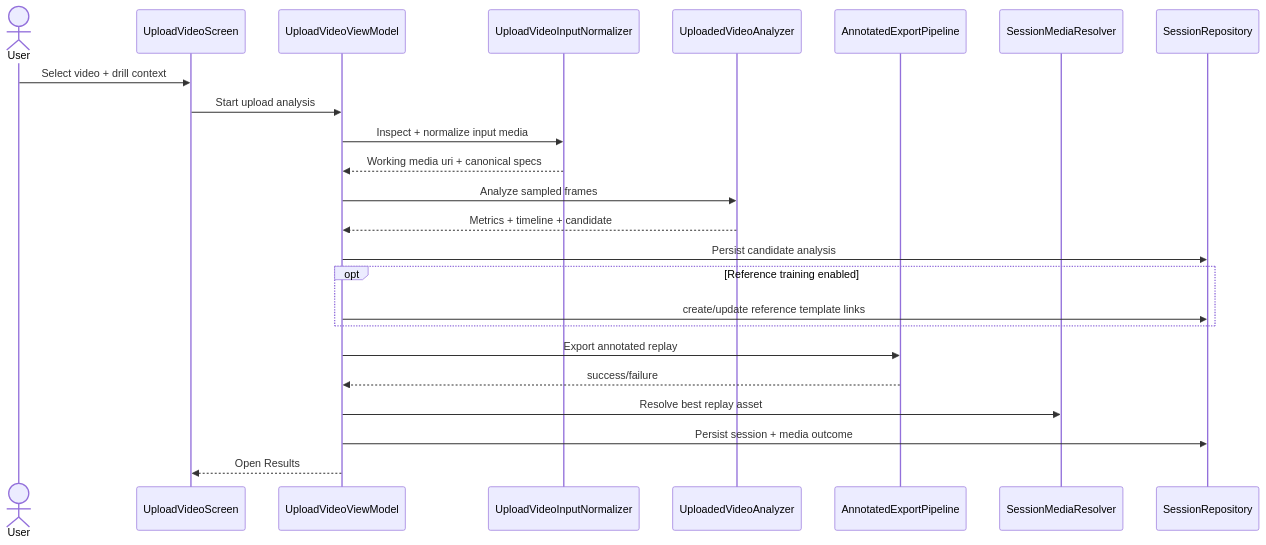
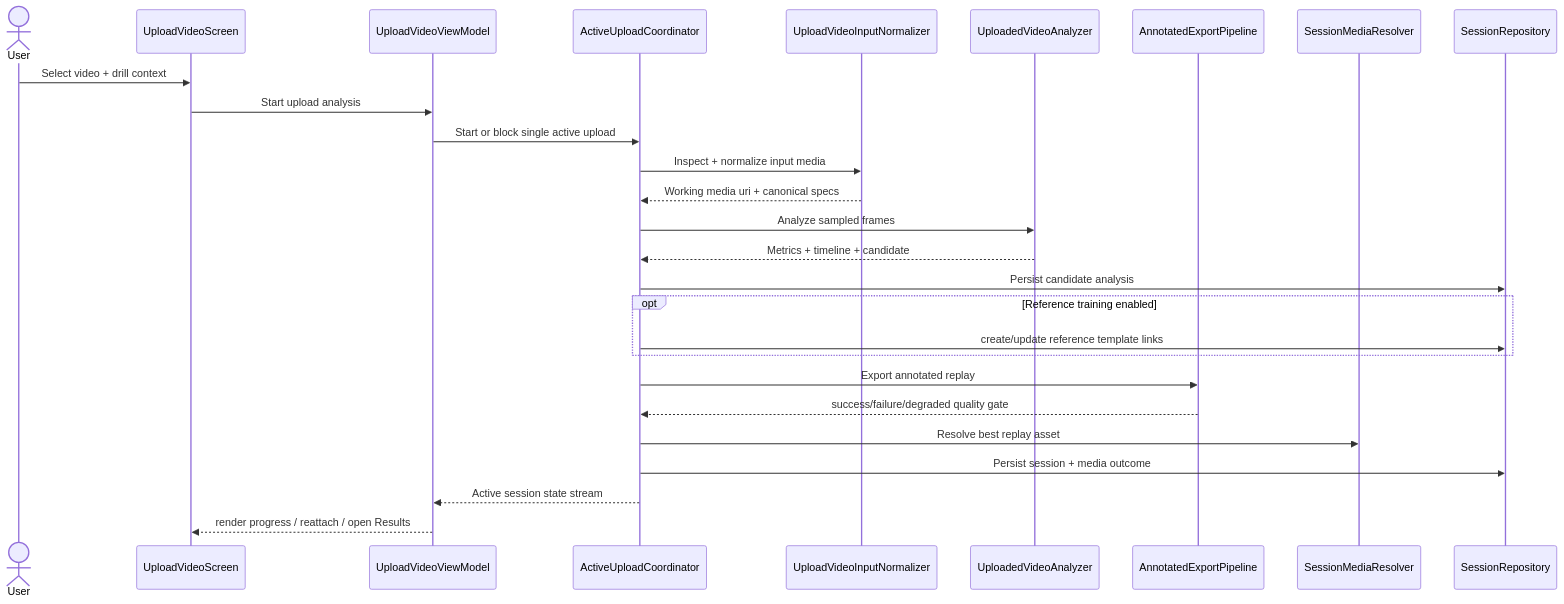
The diagram in docs/diagrams/sequence-import-analysis.md (Voycepeh/CaliVision), drawn with Mermaid before and after one commit. The commit also changed 10 other files, not shown here.

````diff
--- a/docs/diagrams/sequence-import-analysis.md
+++ b/docs/diagrams/sequence-import-analysis.md
@@ -3,29 +3,32 @@
 ```mermaid
 sequenceDiagram
     actor User
     participant UI as UploadVideoScreen
     participant VM as UploadVideoViewModel
+    participant Coord as ActiveUploadCoordinator
     participant Normalize as UploadVideoInputNormalizer
     participant Analyzer as UploadedVideoAnalyzer
     participant Export as AnnotatedExportPipeline
     participant Resolver as SessionMediaResolver
     participant Repo as SessionRepository
 
     User->>UI: Select video + drill context
     UI->>VM: Start upload analysis
-    VM->>Normalize: Inspect + normalize input media
-    Normalize-->>VM: Working media uri + canonical specs
-    VM->>Analyzer: Analyze sampled frames
-    Analyzer-->>VM: Metrics + timeline + candidate
-    VM->>Repo: Persist candidate analysis
+    VM->>Coord: Start or block single active upload
+    Coord->>Normalize: Inspect + normalize input media
+    Normalize-->>Coord: Working media uri + canonical specs
+    Coord->>Analyzer: Analyze sampled frames
+    Analyzer-->>Coord: Metrics + timeline + candidate
+    Coord->>Repo: Persist candidate analysis
 
     opt Reference training enabled
-      VM->>Repo: create/update reference template links
+      Coord->>Repo: create/update reference template links
     end
 
-    VM->>Export: Export annotated replay
-    Export-->>VM: success/failure
-    VM->>Resolver: Resolve best replay asset
-    VM->>Repo: Persist session + media outcome
-    VM-->>UI: Open Results
+    Coord->>Export: Export annotated replay
+    Export-->>Coord: success/failure/degraded quality gate
+    Coord->>Resolver: Resolve best replay asset
+    Coord->>Repo: Persist session + media outcome
+    Coord-->>VM: Active session state stream
+    VM-->>UI: render progress / reattach / open Results
 ```
````
